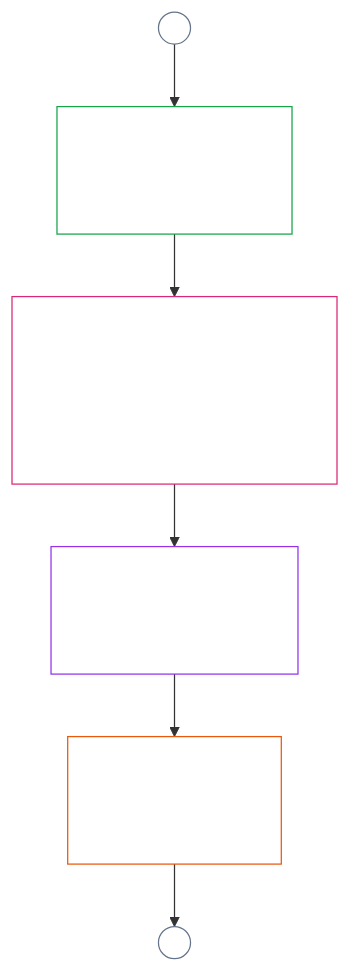
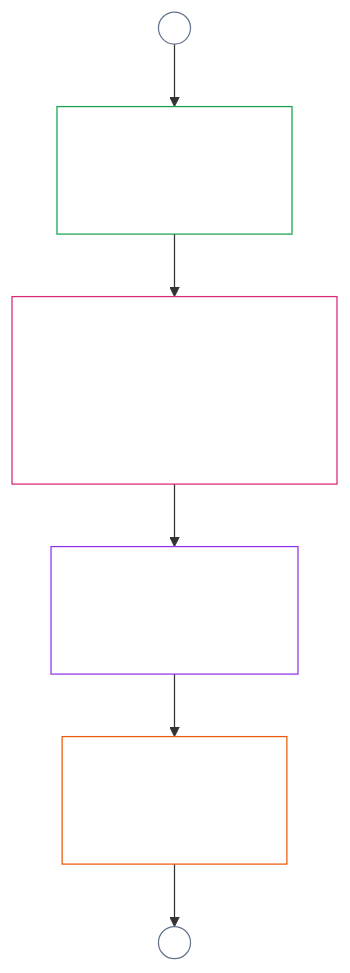
One commit to kfoelsch/Sentient_Constitution changed the diagram in implementation/PROCESS_PIPELINES_READER.md. Above: the diagram before and after it, drawn with Mermaid. The commit also changed other lines of this file and 799 other files, not shown here.

````diff
--- a/implementation/PROCESS_PIPELINES_READER.md
+++ b/implementation/PROCESS_PIPELINES_READER.md
@@ -22,14 +22,14 @@
 ```mermaid
 flowchart TB
-  C[Certify the system<br/><br/>Chapter Eight] --> S[Measure help and harm<br/><br/>two tracks, never one net score<br/>Chapter Nine]
+  C[Certify the system<br/><br/>Chapter Nine] --> S[Measure help and harm<br/><br/>two tracks, never one net score<br/>Chapter Ten]
   A0((A)) --> C
-  S --> E[Effects and remedy<br/><br/>Chapter Ten]
-  E --> F[Forum families<br/><br/>Chapter Twelve]
+  S --> E[Effects and remedy<br/><br/>Chapter Eleven]
+  E --> F[Forum families<br/><br/>Chapter Thirteen]
   F --> A1((A))
   style C fill:none,stroke:#16a34a,color:#ffffff
   style S fill:none,stroke:#db2777,color:#ffffff
   style E fill:none,stroke:#9333ea,color:#ffffff
   style F fill:none,stroke:#ea580c,color:#ffffff
   style A0 fill:none,stroke:#64748b,color:#ffffff
   style A1 fill:none,stroke:#64748b,color:#ffffff
 ```
````
